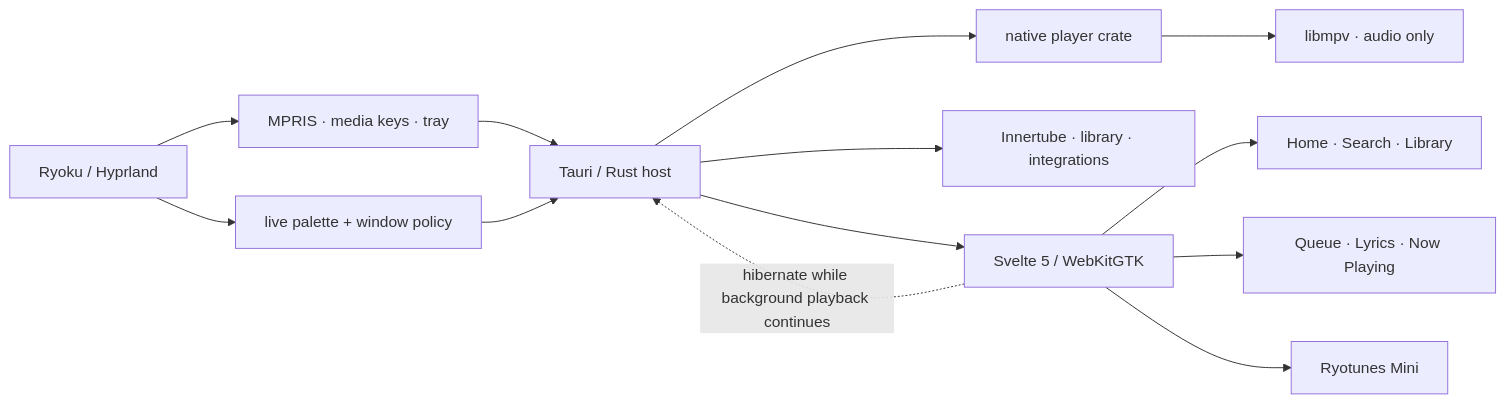
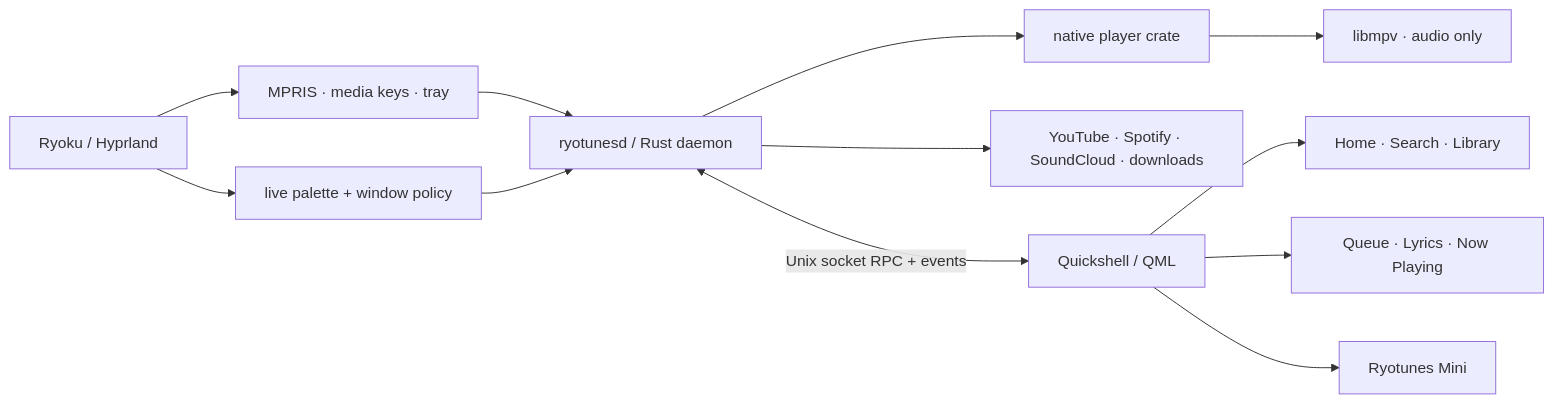
The diagram in README.md (Ryoku-dev/ryotunes), drawn with Mermaid before and after one commit. The commit also changed other lines of this file, not shown here.

Commit message:
docs: identify QML as primary and correct client migration guidance

````diff
--- a/README.md
+++ b/README.md
@@ -185,20 +196,19 @@
 ```mermaid
 flowchart LR
     R["Ryoku / Hyprland"] --> M["MPRIS · media keys · tray"]
     R --> T["live palette + window policy"]
 
-    M --> N["Tauri / Rust host"]
+    M --> N["ryotunesd / Rust daemon"]
     T --> N
 
     N --> P["native player crate"]
     P --> MPV["libmpv · audio only"]
 
-    N --> I["Innertube · library · integrations"]
-    N --> W["Svelte 5 / WebKitGTK"]
+    N --> I["YouTube · Spotify · SoundCloud · downloads"]
+    N <-->|"Unix socket RPC + events"| W["Quickshell / QML"]
 
     W --> U["Home · Search · Library"]
     W --> Q["Queue · Lyrics · Now Playing"]
     W --> MINI["Ryotunes Mini"]
 
-    W -. "hibernate while background playback continues" .-> N
 ```
````
